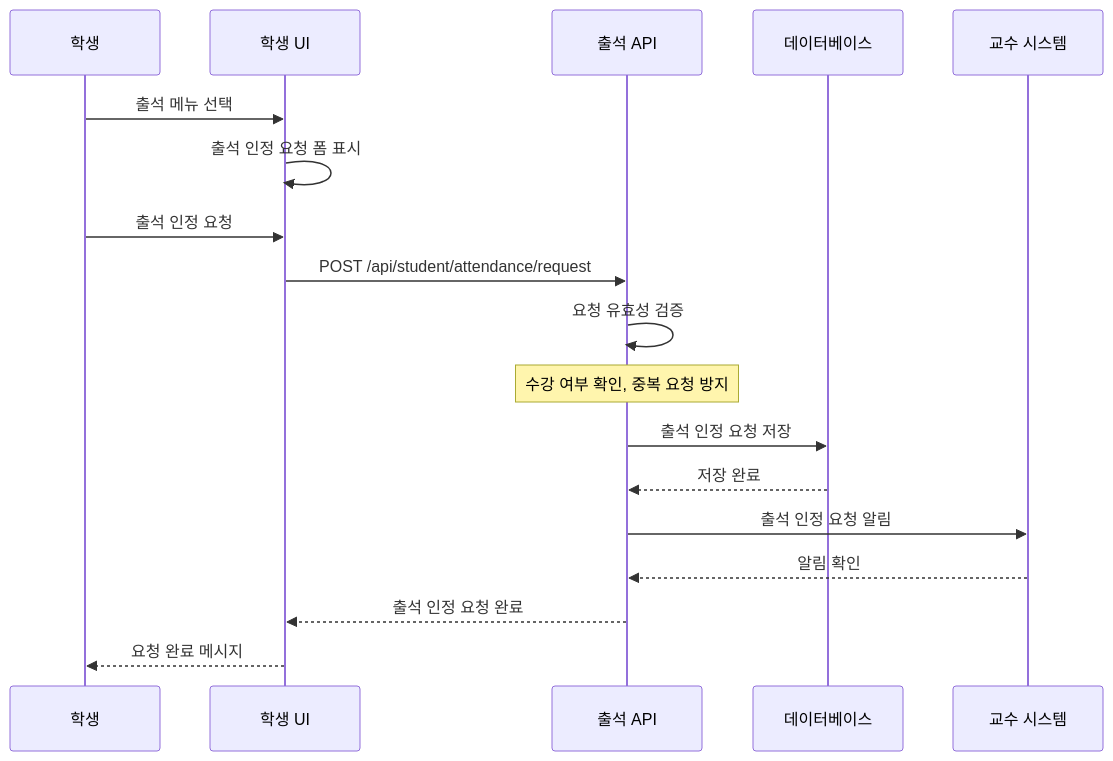
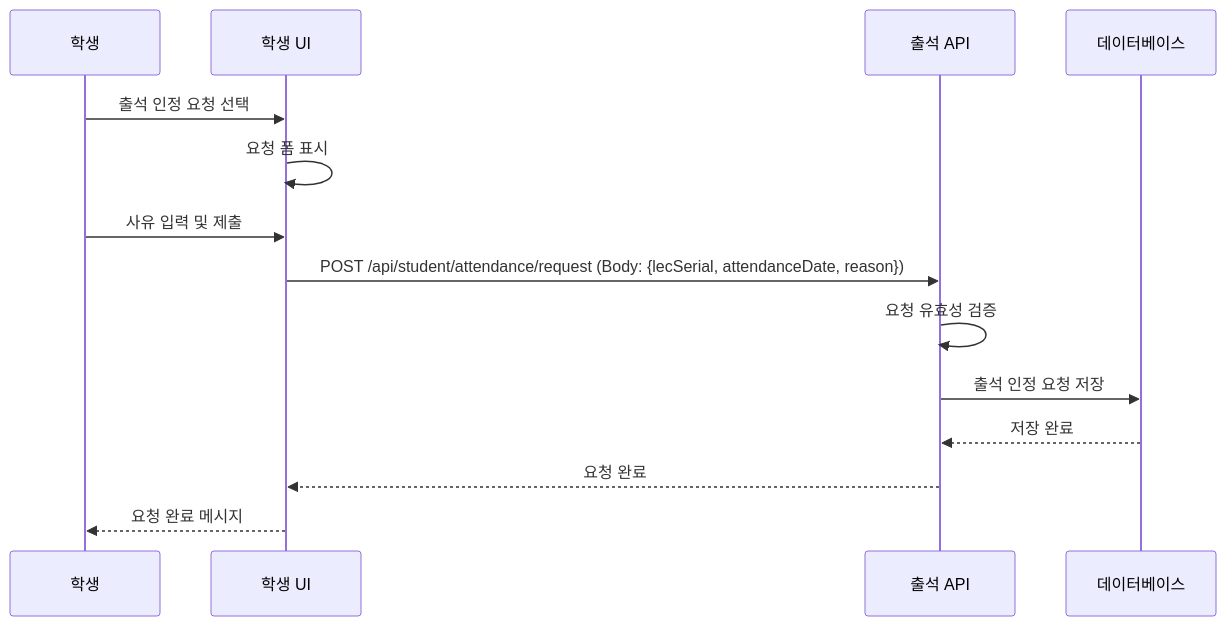
One commit to hooting76/blue-crab-lms changed the sixth of 10 diagrams in backend/BlueCrab/docs/강의관련기능/06-학생플로우.md. Above: the diagram before and after it, drawn with Mermaid. The commit also changed other lines of this file and 19 other files, not shown here.

````diff
--- a/backend/BlueCrab/docs/강의관련기능/06-학생플로우.md
+++ b/backend/BlueCrab/docs/강의관련기능/06-학생플로우.md
@@ -131,25 +161,18 @@
 ```mermaid
 sequenceDiagram
     participant Student as 학생
     participant UI as 학생 UI
     participant API as 출석 API
     participant DB as 데이터베이스
-    participant Professor as 교수 시스템
 
-    Student->>UI: 출석 메뉴 선택
-    UI->>UI: 출석 인정 요청 폼 표시
+    Student->>UI: 출석 인정 요청 선택
+    UI->>UI: 요청 폼 표시
 
-    Student->>UI: 출석 인정 요청
-    UI->>API: POST /api/student/attendance/request
+    Student->>UI: 사유 입력 및 제출
+    UI->>API: POST /api/student/attendance/request (Body: {lecSerial, attendanceDate, reason})
     API->>API: 요청 유효성 검증
-    Note over API: 수강 여부 확인, 중복 요청 방지
-
     API->>DB: 출석 인정 요청 저장
     DB-->>API: 저장 완료
-
-    API->>Professor: 출석 인정 요청 알림
-    Professor-->>API: 알림 확인
-
-    API-->>UI: 출석 인정 요청 완료
+    API-->>UI: 요청 완료
     UI-->>Student: 요청 완료 메시지
 ```
````
